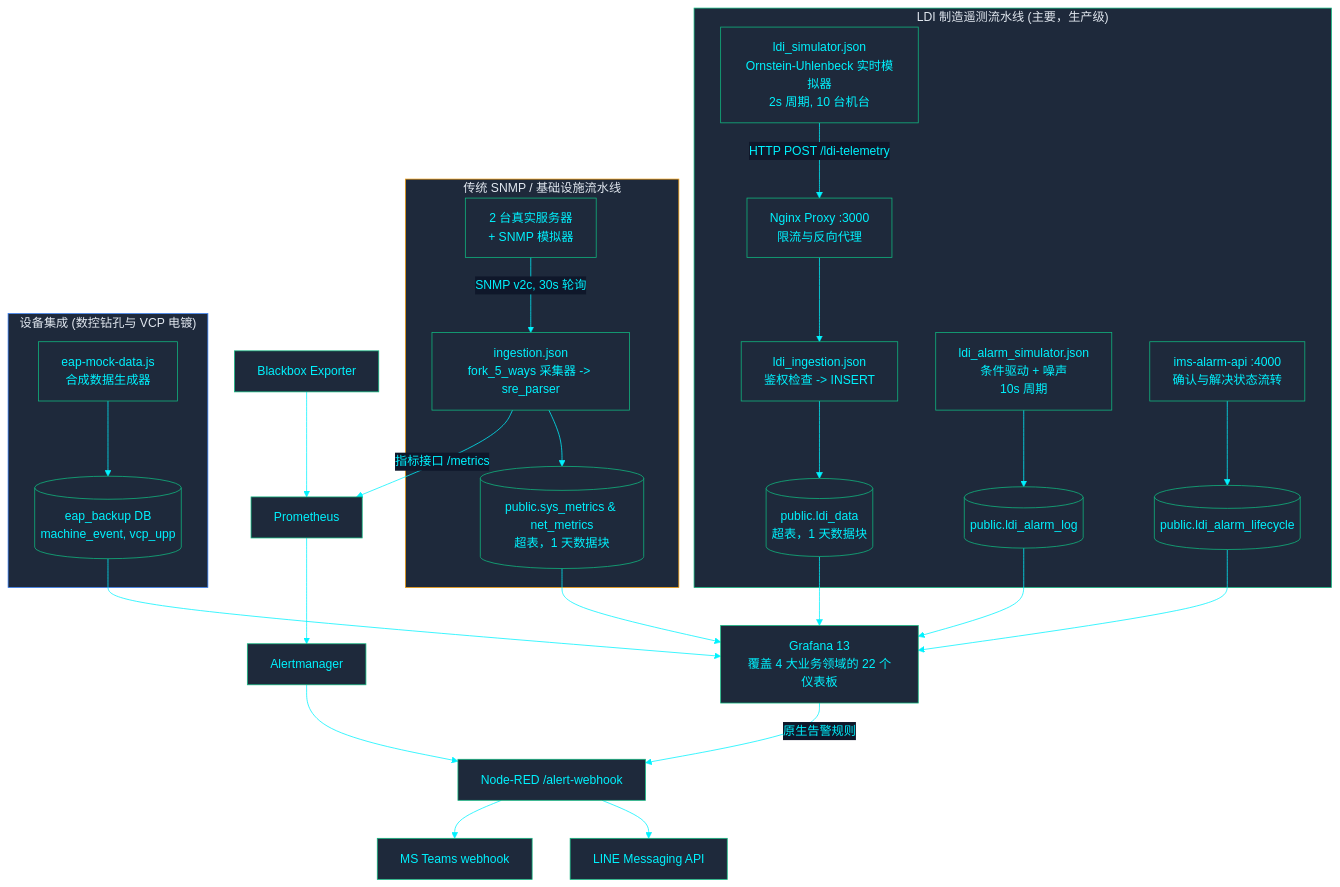
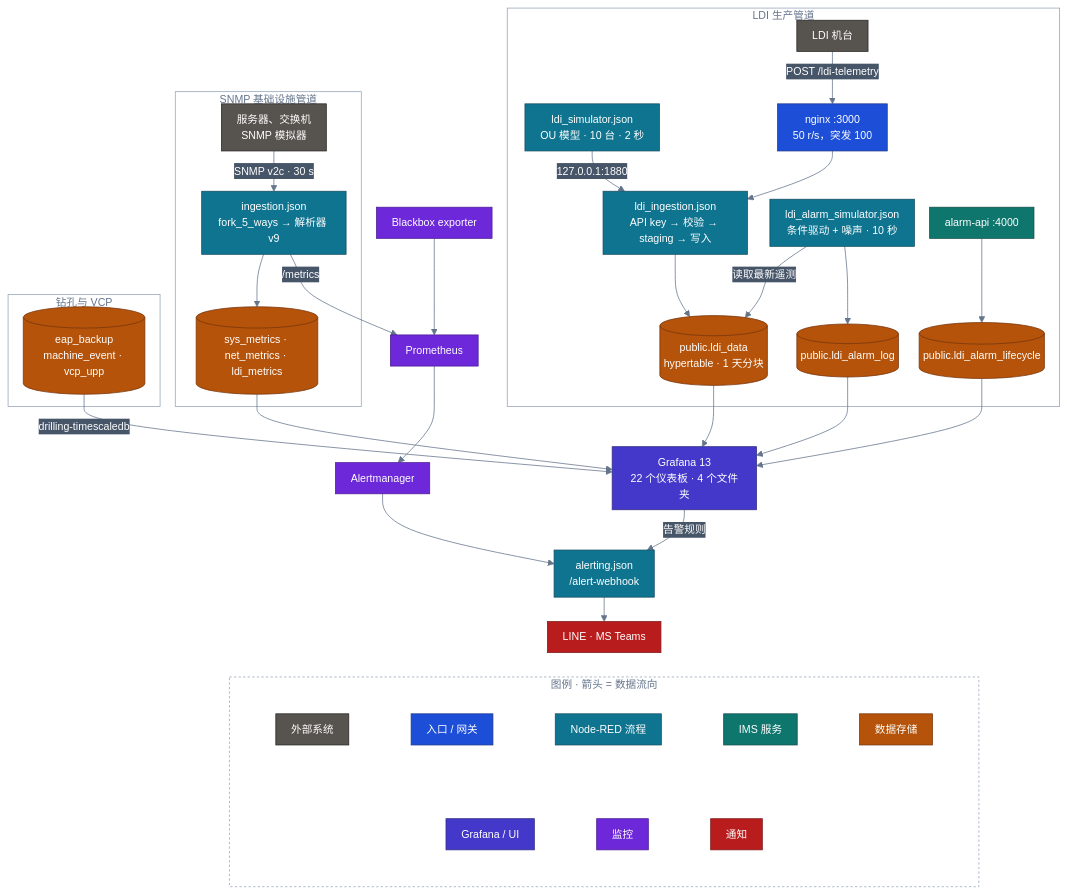
One commit to PATTANAKORN025/IMS changed the diagram in zh-CN/docs/architecture/ARCHITECTURE.md. Above: the diagram before and after it, drawn with Mermaid. The commit also changed 84 other files, not shown here.

First line of the commit message:
docs(diagrams): one verified, accessible standard for every Mermaid diagram

````diff
--- a/zh-CN/docs/architecture/ARCHITECTURE.md
+++ b/zh-CN/docs/architecture/ARCHITECTURE.md
@@ -28,36 +28,80 @@
 ```mermaid
-%%{init: {'theme': 'base', 'themeVariables': { 'primaryColor': '#1e293b', 'primaryTextColor': '#00F2FE', 'primaryBorderColor': '#10B981', 'lineColor': '#00F2FE', 'secondaryColor': '#0f172a', 'tertiaryColor': '#0f172a', 'clusterBkg': '#030407', 'clusterBorder': '#00F2FE'}}}%%
+%%{init: {"flowchart": {"nodeSpacing": 20, "rankSpacing": 32, "padding": 10, "wrappingWidth": 150, "curve": "basis"}, "sequence": {"wrap": true, "width": 170, "actorMargin": 36, "boxMargin": 8, "noteMargin": 8, "messageMargin": 30, "mirrorActors": false}, "state": {"padding": 6}, "theme": "base", "themeVariables": {"fontFamily": "Inter, Segoe UI, Helvetica, Arial, sans-serif", "fontSize": "14px", "primaryColor": "#334155", "primaryTextColor": "#ffffff", "primaryBorderColor": "#1e293b", "lineColor": "#64748b", "textColor": "#64748b", "secondaryColor": "#475569", "tertiaryColor": "#f1f5f9", "clusterBkg": "transparent", "clusterBorder": "#94a3b8", "titleColor": "#64748b", "edgeLabelBackground": "#475569", "nodeTextColor": "#ffffff", "noteBkgColor": "#fef3c7", "noteTextColor": "#1e293b", "noteBorderColor": "#d97706", "actorBkg": "#334155", "actorTextColor": "#ffffff", "actorBorder": "#1e293b", "actorLineColor": "#94a3b8", "signalColor": "#64748b", "signalTextColor": "#64748b", "labelBoxBkgColor": "#334155", "labelBoxBorderColor": "#1e293b", "labelTextColor": "#ffffff", "loopTextColor": "#64748b", "activationBkgColor": "#e2e8f0", "sequenceNumberColor": "#ffffff", "stateLabelColor": "#ffffff", "compositeBackground": "transparent", "transitionColor": "#64748b", "transitionLabelColor": "#64748b"}}}%%
 flowchart TB
- subgraph LDI ["LDI 制造遥测流水线 (主要，生产级)"]
-  SIM["ldi_simulator.json\nOrnstein-Uhlenbeck 实时模拟器\n2s 周期, 10 台机台"] -->|"HTTP POST /ldi-telemetry"| PROXY["Nginx Proxy :3000\n限流与反向代理"]
-  PROXY --> ING["ldi_ingestion.json\n鉴权检查 -> INSERT"]
-  ING --> LDIDATA[("public.ldi_data\n超表，1 天数据块")]
-  ALMSIM["ldi_alarm_simulator.json\n条件驱动 + 噪声\n10s 周期"] --> ALARMLOG[("public.ldi_alarm_log")]
-  ALARMAPI["ims-alarm-api :4000\n确认与解决状态流转"] --> ALARMLC[("public.ldi_alarm_lifecycle")]
- end
+  accTitle: IMS 遥测管道
+  accDescr: LDI 管道（HTTP，先写 staging）与 SNMP 基础设施管道写入 TimescaleDB；钻孔与 VCP 数据位于独立的 eap_backup 数据库；两套告警引擎都经 Node-RED webhook 投递。
 
- subgraph LEGACY ["传统 SNMP / 基础设施流水线"]
-  DEV["2 台真实服务器\n+ SNMP 模拟器"] -->|"SNMP v2c, 30s 轮询"| NR["ingestion.json\nfork_5_ways 采集器 -> sre_parser"]
-  NR --> SNMPDATA[("public.sys_metrics & net_metrics\n超表，1 天数据块")]
- end
+  subgraph LDI["LDI 生产管道"]
+    LDIM["LDI 机台"]:::ext
+    SIM["ldi_simulator.json<br/>OU 模型 · 10 台 · 2 秒"]:::flow
+    PROXY["nginx :3000<br/>50 r/s，突发 100"]:::ingress
+    ING["ldi_ingestion.json<br/>API key → 校验 → staging → 写入"]:::flow
+    LDIDATA[("public.ldi_data<br/>hypertable · 1 天分块")]:::store
+    ALMSIM["ldi_alarm_simulator.json<br/>条件驱动 + 噪声 · 10 秒"]:::flow
+    ALARMLOG[("public.ldi_alarm_log")]:::store
+    ALARMAPI["alarm-api :4000"]:::app
+    ALARMLC[("public.ldi_alarm_lifecycle")]:::store
+  end
 
- subgraph EAP ["设备集成 (数控钻孔与 VCP 电镀)"]
-  MOCK["eap-mock-data.js\n合成数据生成器"] --> EAPDB[("eap_backup DB\nmachine_event, vcp_upp")]
- end
+  subgraph INFRA["SNMP 基础设施管道"]
+    DEV["服务器、交换机<br/>SNMP 模拟器"]:::ext
+    NR["ingestion.json<br/>fork_5_ways → 解析器 v9"]:::flow
+    SNMPDATA[("sys_metrics · net_metrics · ldi_metrics")]:::store
+  end
 
- LDIDATA --> GRAFANA["Grafana 13\n覆盖 4 大业务领域的 22 个仪表板"]
- ALARMLOG --> GRAFANA
- ALARMLC --> GRAFANA
- SNMPDATA --> GRAFANA
- EAPDB --> GRAFANA
- NR -->|"指标接口 /metrics"| PROM["Prometheus"]
- BBOX["Blackbox Exporter"] --> PROM
- GRAFANA -->|"原生告警规则"| NRWEBHOOK["Node-RED /alert-webhook"]
- PROM --> AM["Alertmanager"] --> NRWEBHOOK
- NRWEBHOOK --> LINE["LINE Messaging API"]
- NRWEBHOOK --> TEAMS["MS Teams webhook"]
+  subgraph EAP["钻孔与 VCP"]
+    EAPDB[("eap_backup<br/>machine_event · vcp_upp")]:::store
+  end
 
- style LDI fill:#1e293b,stroke:#10B981,color:#e2e8f0
- style LEGACY fill:#1e293b,stroke:#F59E0B,color:#e2e8f0
- style EAP fill:#1e293b,stroke:#3B82F6,color:#e2e8f0
+  GRAFANA["Grafana 13<br/>22 个仪表板 · 4 个文件夹"]:::viz
+  PROM["Prometheus"]:::obs
+  BBOX["Blackbox exporter"]:::obs
+  AM["Alertmanager"]:::obs
+  HOOK["alerting.json<br/>/alert-webhook"]:::flow
+  NOTIFY["LINE · MS Teams"]:::notify
+
+  LDIM -->|"POST /ldi-telemetry"| PROXY --> ING
+  SIM -->|"127.0.0.1:1880"| ING
+  ING --> LDIDATA
+  ALMSIM -->|"读取最新遥测"| LDIDATA
+  ALMSIM --> ALARMLOG
+  ALARMAPI --> ALARMLC
+  DEV -->|"SNMP v2c · 30 s"| NR --> SNMPDATA
+  LDIDATA --> GRAFANA
+  ALARMLOG --> GRAFANA
+  ALARMLC --> GRAFANA
+  SNMPDATA --> GRAFANA
+  EAPDB -->|"drilling-timescaledb"| GRAFANA
+  NR -->|"/metrics"| PROM
+  BBOX --> PROM
+  PROM --> AM --> HOOK
+  GRAFANA -->|"告警规则"| HOOK
+  HOOK --> NOTIFY
+
+  subgraph LEGEND["图例 · 箭头 = 数据流向"]
+    direction TB
+    subgraph LEGEND_0[" "]
+      direction LR
+      LG_ext["外部系统"]:::ext ~~~ LG_ingress["入口 / 网关"]:::ingress ~~~ LG_flow["Node-RED 流程"]:::flow ~~~ LG_app["IMS 服务"]:::app ~~~ LG_store["数据存储"]:::store
+    end
+    subgraph LEGEND_1[" "]
+      direction LR
+      LG_viz["Grafana / UI"]:::viz ~~~ LG_obs["监控"]:::obs ~~~ LG_notify["通知"]:::notify
+    end
+    LEGEND_0 ~~~ LEGEND_1
+  end
+  NOTIFY ~~~ LEGEND
+  style LEGEND fill:transparent,stroke:#94a3b8,stroke-dasharray:3 3
+  style LEGEND_0 fill:transparent,stroke:transparent
+  style LEGEND_1 fill:transparent,stroke:transparent
+  classDef actor fill:#475569,stroke:#1e293b,color:#ffffff,stroke-width:1px
+  classDef ext fill:#57534e,stroke:#292524,color:#ffffff,stroke-width:1px
+  classDef ingress fill:#1d4ed8,stroke:#1e3a8a,color:#ffffff,stroke-width:1px
+  classDef app fill:#0f766e,stroke:#134e4a,color:#ffffff,stroke-width:1px
+  classDef flow fill:#0e7490,stroke:#164e63,color:#ffffff,stroke-width:1px
+  classDef store fill:#b45309,stroke:#78350f,color:#ffffff,stroke-width:1px
+  classDef viz fill:#4338ca,stroke:#312e81,color:#ffffff,stroke-width:1px
+  classDef obs fill:#6d28d9,stroke:#4c1d95,color:#ffffff,stroke-width:1px
+  classDef notify fill:#b91c1c,stroke:#7f1d1d,color:#ffffff,stroke-width:1px
+  classDef future fill:#f8fafc,stroke:#94a3b8,color:#475569,stroke-width:1px,stroke-dasharray:4 3
 ```
````
